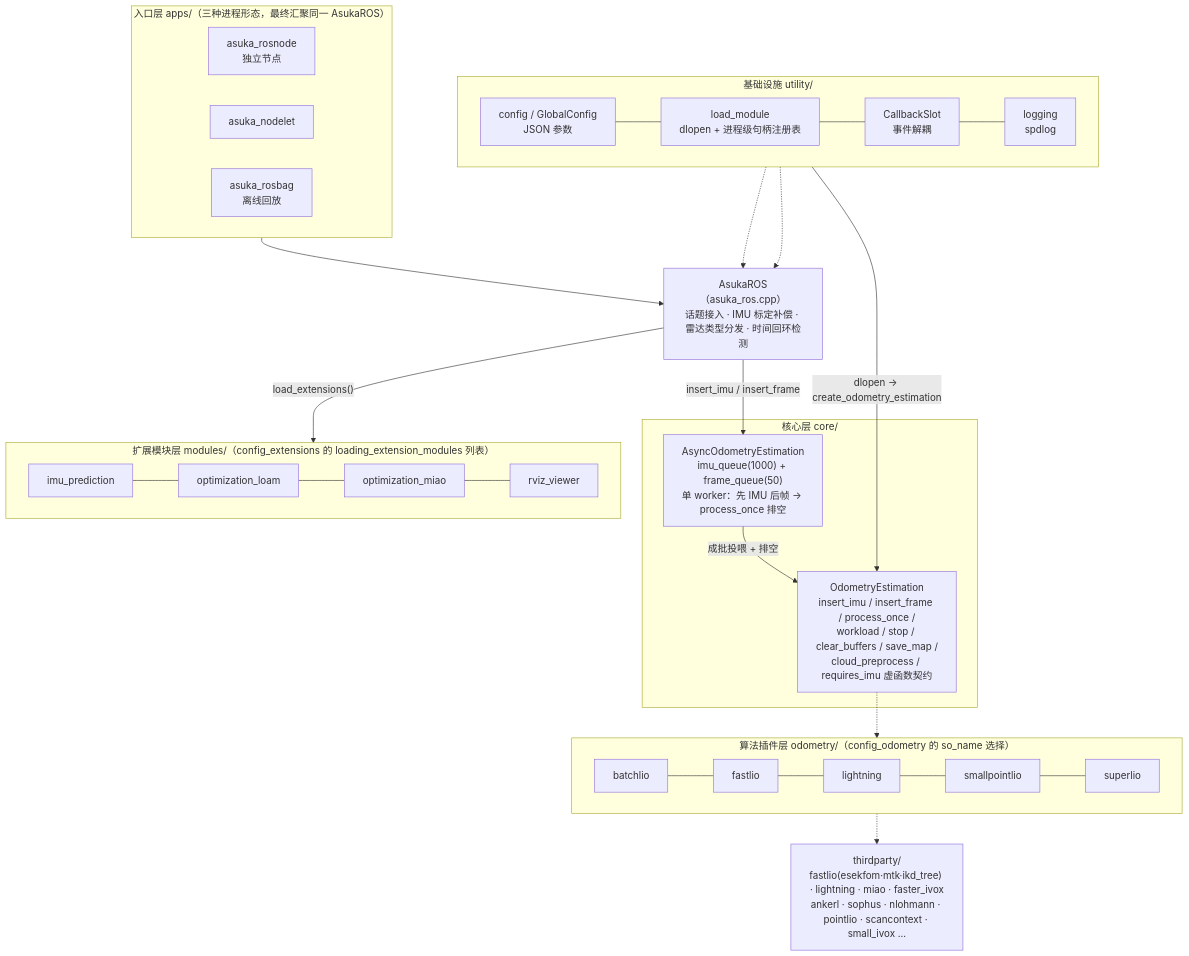
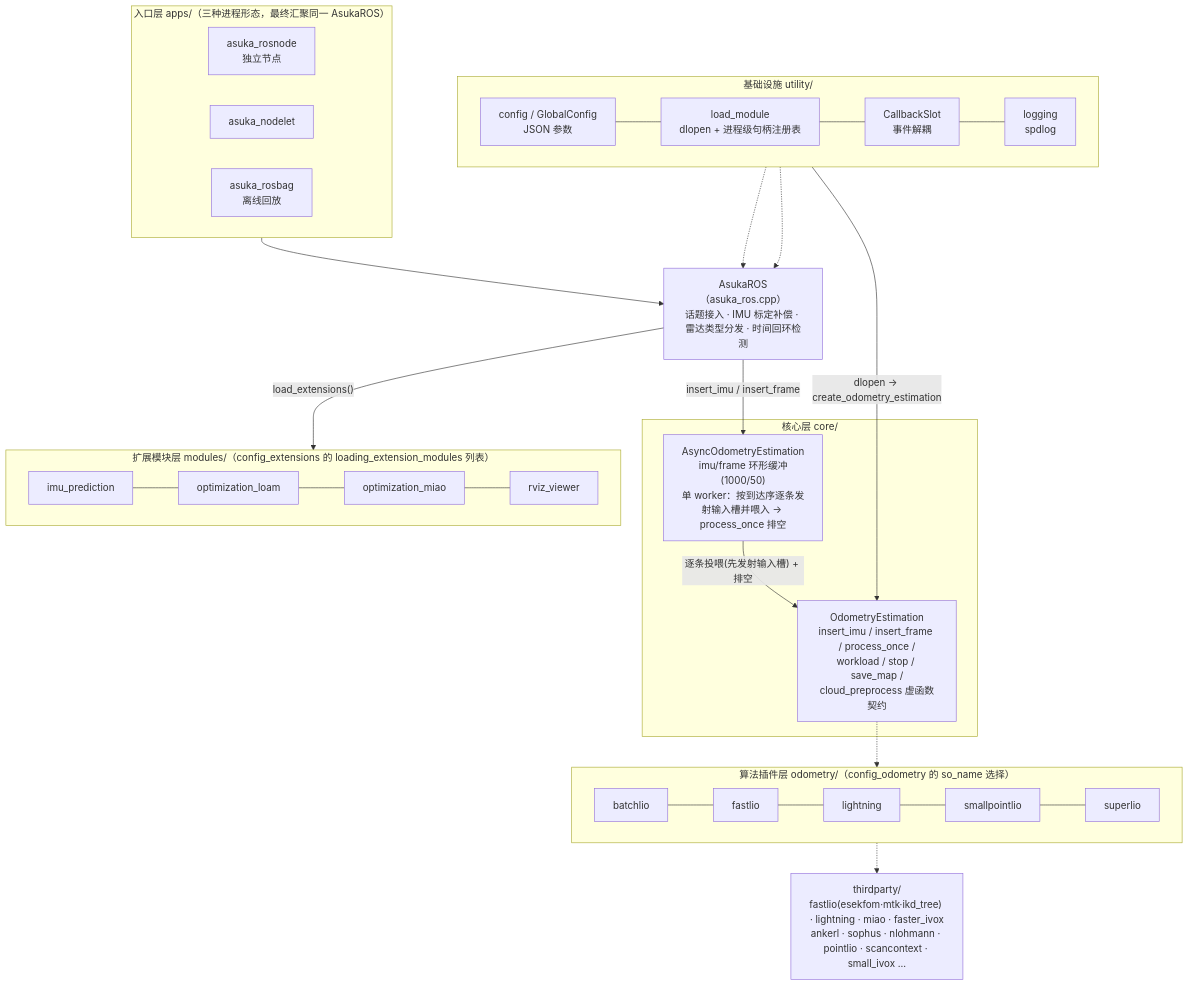
The first of 2 diagrams in docs/wiki/entry/01.md (AphroraC/asuka), drawn with Mermaid before and after one commit. The commit also changed other lines of this file and 30 other files, not shown here.

````diff
--- a/docs/wiki/entry/01.md
+++ b/docs/wiki/entry/01.md
@@ -13,43 +13,43 @@
 ```mermaid
 flowchart TB
     subgraph entry["入口层 apps/（三种进程形态，最终汇聚同一 AsukaROS）"]
         direction LR
         RN["asuka_rosnode<br/>独立节点"]
         NL["asuka_nodelet"]
         RB["asuka_rosbag<br/>离线回放"]
     end
 
     AR["AsukaROS（asuka_ros.cpp）<br/>话题接入 · IMU 标定补偿 · 雷达类型分发 · 时间回环检测"]
 
     subgraph core["核心层 core/"]
-        AE["AsyncOdometryEstimation<br/>imu_queue(1000) + frame_queue(50)<br/>单 worker：先 IMU 后帧 → process_once 排空"]
-        OE["OdometryEstimation<br/>insert_imu / insert_frame / process_once /<br/>workload / stop / clear_buffers / save_map /<br/>cloud_preprocess / requires_imu 虚函数契约"]
+        AE["AsyncOdometryEstimation<br/>imu/frame 环形缓冲(1000/50)<br/>单 worker：按到达序逐条发射输入槽并喂入 → process_once 排空"]
+        OE["OdometryEstimation<br/>insert_imu / insert_frame / process_once /<br/>workload / stop / save_map /<br/>cloud_preprocess 虚函数契约"]
     end
 
     subgraph algo["算法插件层 odometry/（config_odometry 的 so_name 选择）"]
         direction LR
         B["batchlio"] --- F["fastlio"] --- L["lightning"] --- S["smallpointlio"] --- SL["superlio"]
     end
 
     subgraph ext["扩展模块层 modules/（config_extensions 的 loading_extension_modules 列表）"]
         direction LR
         IP["imu_prediction"] --- OL["optimization_loam"] --- OM["optimization_miao"] --- RV["rviz_viewer"]
     end
 
     subgraph infra["基础设施 utility/"]
         direction LR
         CF["config / GlobalConfig<br/>JSON 参数"] --- LM["load_module<br/>dlopen + 进程级句柄注册表"] --- CB["CallbackSlot<br/>事件解耦"] --- LG["logging<br/>spdlog"]
     end
 
     TP["thirdparty/<br/>fastlio(esekfom·mtk·ikd_tree) · lightning · miao · faster_ivox<br/>ankerl · sophus · nlohmann · pointlio · scancontext · small_ivox ..."]
 
     entry --> AR
     AR -->|"insert_imu / insert_frame"| AE
-    AE -->|"成批投喂 + 排空"| OE
+    AE -->|"逐条投喂(先发射输入槽) + 排空"| OE
     LM -->|"dlopen → create_odometry_estimation"| OE
     OE -.-> algo
     AR -->|"load_extensions()"| ext
     CF -.-> AR
     LM -.-> AR
     algo -.-> TP
 ```
````
